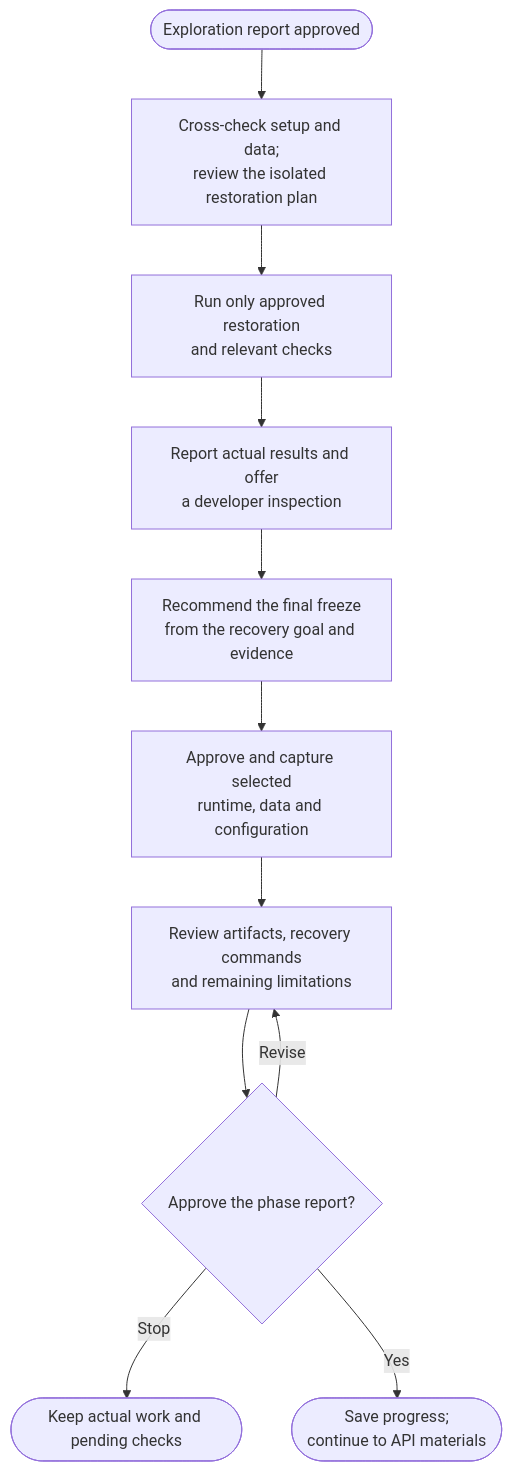
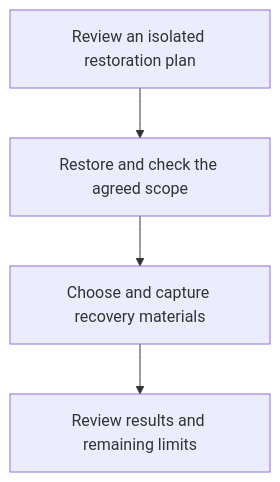
One commit to myowinthein/agent-helm changed the diagram in docs/commands/archive/2-restore-and-freeze.md. Above: the diagram before and after it, drawn with Mermaid. The commit also changed other lines of this file and 20 other files, not shown here.

````diff
--- a/docs/commands/archive/2-restore-and-freeze.md
+++ b/docs/commands/archive/2-restore-and-freeze.md
@@ -15,13 +15,6 @@
 ```mermaid
 flowchart TD
-  Start(["Exploration report approved"]) --> Plan["Cross-check setup and data;<br/>review the isolated restoration plan"]
-  Plan --> Restore["Run only approved restoration<br/>and relevant checks"]
-  Restore --> Check["Report actual results and offer<br/>a developer inspection"]
-  Check --> Freeze["Recommend the final freeze<br/>from the recovery goal and evidence"]
-  Freeze --> Capture["Approve and capture selected<br/>runtime, data and configuration"]
-  Capture --> Report["Review artifacts, recovery commands<br/>and remaining limitations"]
-  Report --> Approval{"Approve the phase report?"}
-  Approval -->|Revise| Report
-  Approval -->|Stop| Pending(["Keep actual work and pending checks"])
-  Approval -->|Yes| Next(["Save progress;<br/>continue to API materials"])
+  Plan["Review an isolated restoration plan"] --> Restore["Restore and check the agreed scope"]
+  Restore --> Capture["Choose and capture recovery materials"]
+  Capture --> Review["Review results and remaining limits"]
 ```
````
